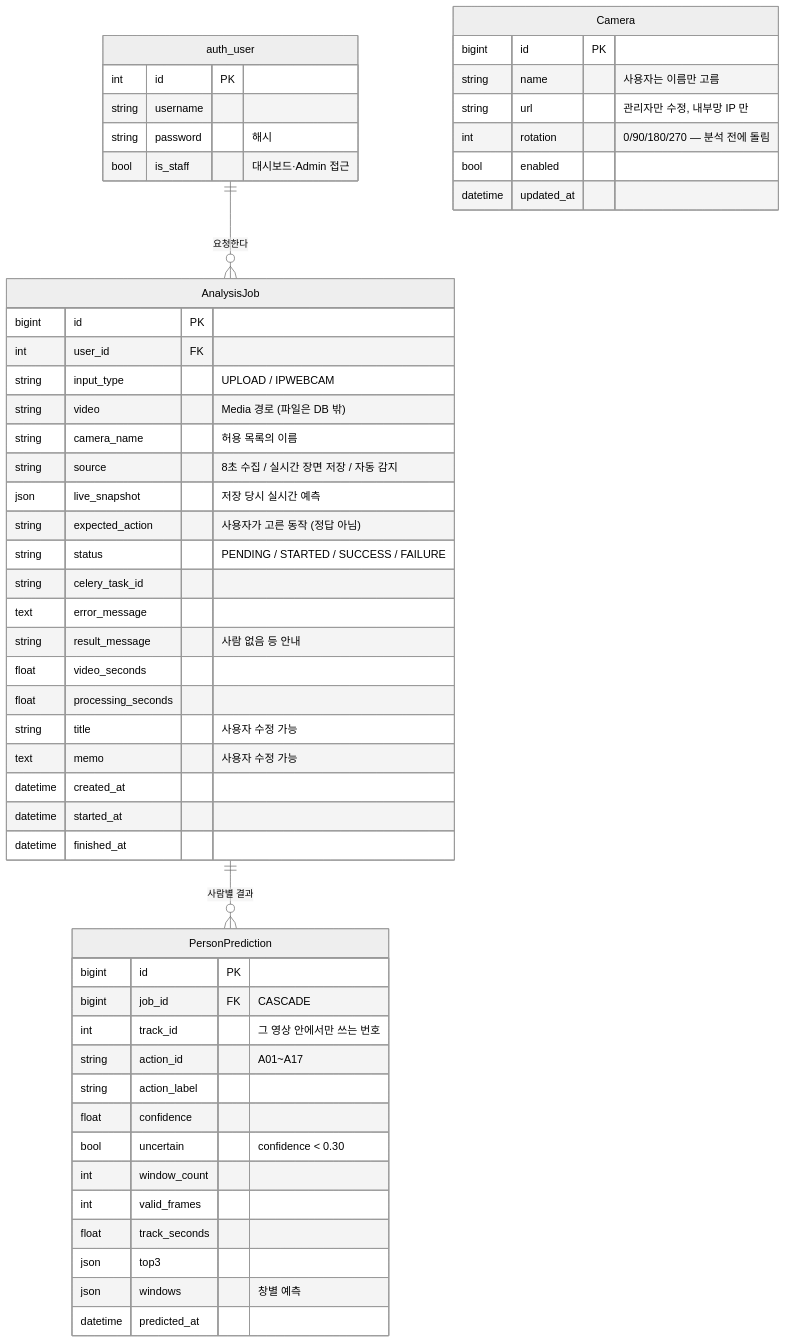
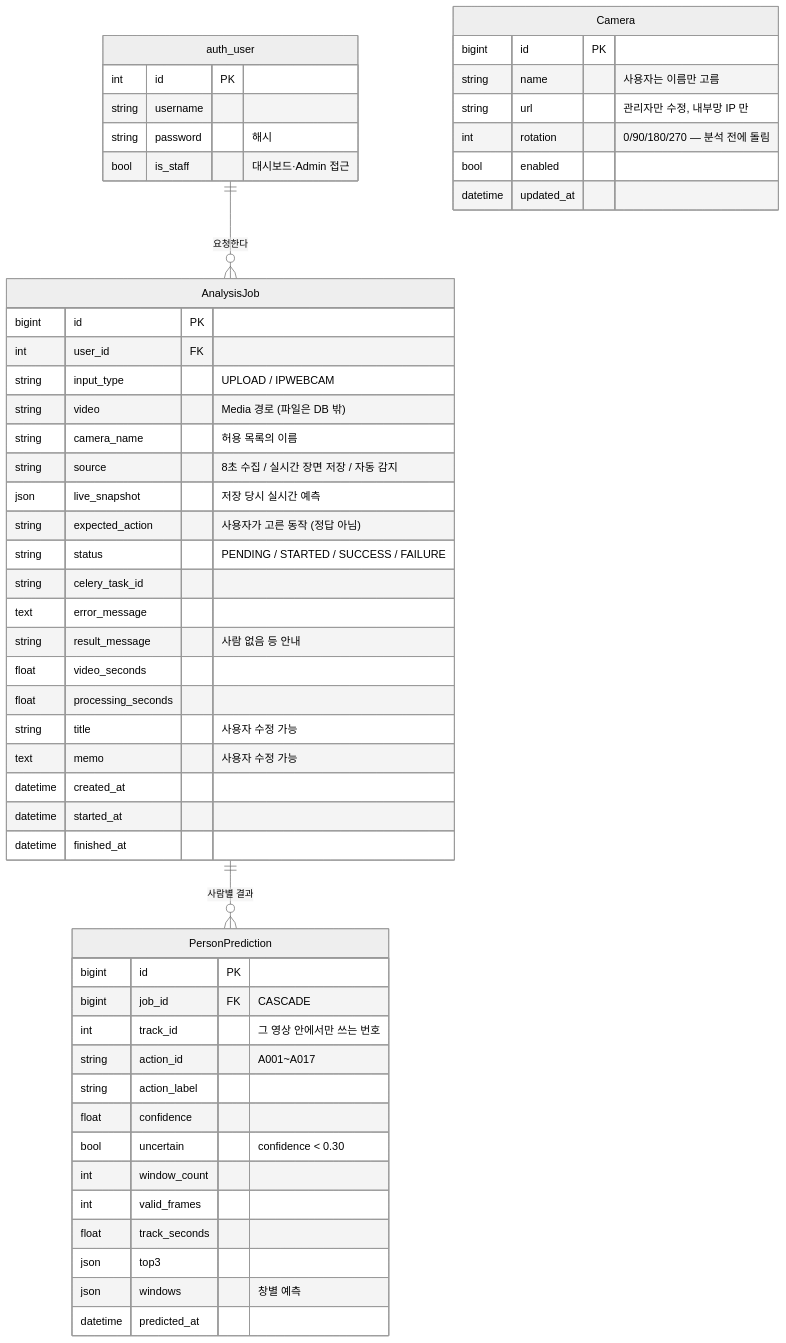
Before and after one commit to wlgptjd333/store-anomaly-service: the second of 3 diagrams in README.md, drawn with Mermaid (neutral theme). The commit also changed other lines of this file and 13 other files, not shown here.

````diff
--- a/README.md
+++ b/README.md
@@ -114,56 +118,56 @@
 ```mermaid
 erDiagram
     auth_user ||--o{ AnalysisJob : "요청한다"
     AnalysisJob ||--o{ PersonPrediction : "사람별 결과"
 
     auth_user {
         int id PK
         string username
         string password "해시"
         bool is_staff "대시보드·Admin 접근"
     }
     AnalysisJob {
         bigint id PK
         int user_id FK
         string input_type "UPLOAD / IPWEBCAM"
         string video "Media 경로 (파일은 DB 밖)"
         string camera_name "허용 목록의 이름"
         string source "8초 수집 / 실시간 장면 저장 / 자동 감지"
         json live_snapshot "저장 당시 실시간 예측"
         string expected_action "사용자가 고른 동작 (정답 아님)"
         string status "PENDING / STARTED / SUCCESS / FAILURE"
         string celery_task_id
         text error_message
         string result_message "사람 없음 등 안내"
         float video_seconds
         float processing_seconds
         string title "사용자 수정 가능"
         text memo "사용자 수정 가능"
         datetime created_at
         datetime started_at
         datetime finished_at
     }
     PersonPrediction {
         bigint id PK
         bigint job_id FK "CASCADE"
         int track_id "그 영상 안에서만 쓰는 번호"
-        string action_id "A01~A17"
+        string action_id "A001~A017"
         string action_label
         float confidence
         bool uncertain "confidence < 0.30"
         int window_count
         int valid_frames
         float track_seconds
         json top3
         json windows "창별 예측"
         datetime predicted_at
     }
     Camera {
         bigint id PK
         string name "사용자는 이름만 고름"
         string url "관리자만 수정, 내부망 IP 만"
         int rotation "0/90/180/270 — 분석 전에 돌림"
         bool enabled
         datetime updated_at
     }
 ```
````
